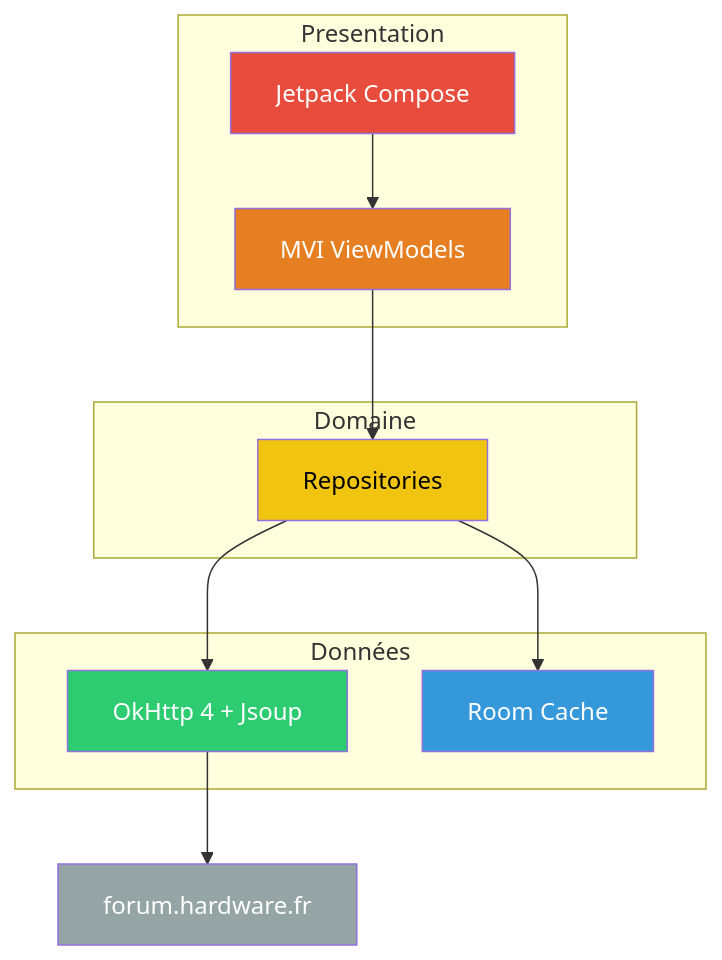
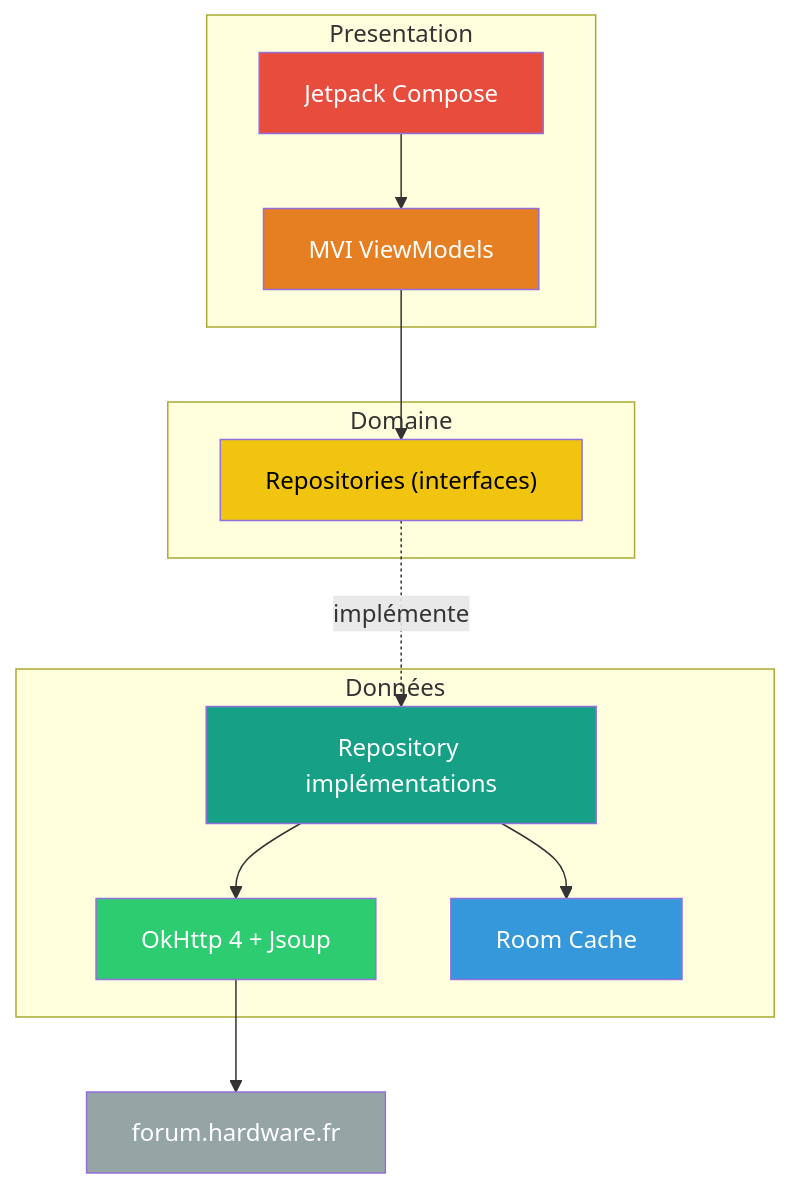
One commit to ForumHFR/redface2 changed the diagram in docs/index.md. Above: the diagram before and after it, drawn with Mermaid. The commit also changed 3 other files, not shown here.

````diff
--- a/docs/index.md
+++ b/docs/index.md
@@ -47,20 +47,23 @@
 ```mermaid
 graph TB
     subgraph "Presentation"
         A[Jetpack Compose] --> B[MVI ViewModels]
     end
     subgraph "Domaine"
-        B --> C[Repositories]
+        B --> C["Repositories (interfaces)"]
     end
     subgraph "Données"
-        C --> D[OkHttp 4 + Jsoup]
-        C --> E[Room Cache]
+        D["Repository implémentations"]
+        D --> E[OkHttp 4 + Jsoup]
+        D --> G[Room Cache]
     end
-    D --> F["forum.hardware.fr"]
+    C -.->|implémente| D
+    E --> F["forum.hardware.fr"]
     style A fill:#e74c3c,color:#fff
     style B fill:#e67e22,color:#fff
     style C fill:#f1c40f,color:#000
-    style D fill:#2ecc71,color:#fff
-    style E fill:#3498db,color:#fff
+    style D fill:#16a085,color:#fff
+    style E fill:#2ecc71,color:#fff
+    style G fill:#3498db,color:#fff
     style F fill:#95a5a6,color:#fff
 ```
````
